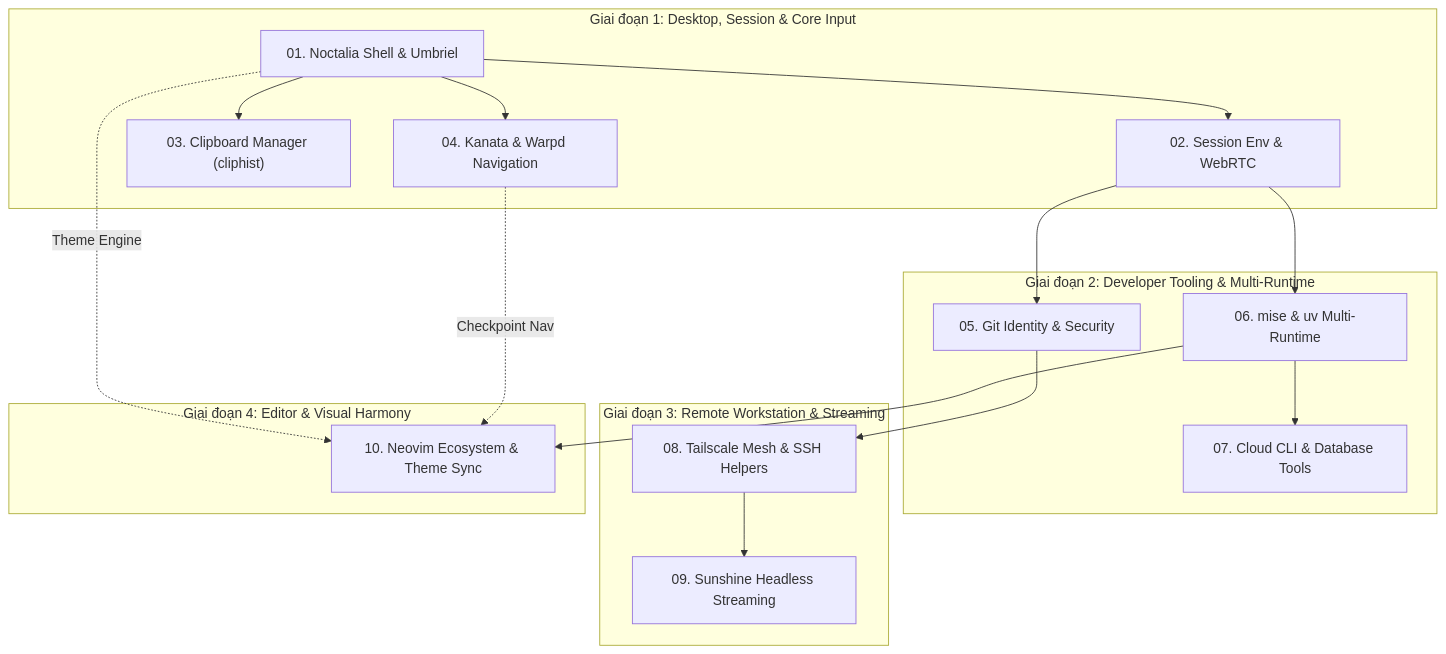
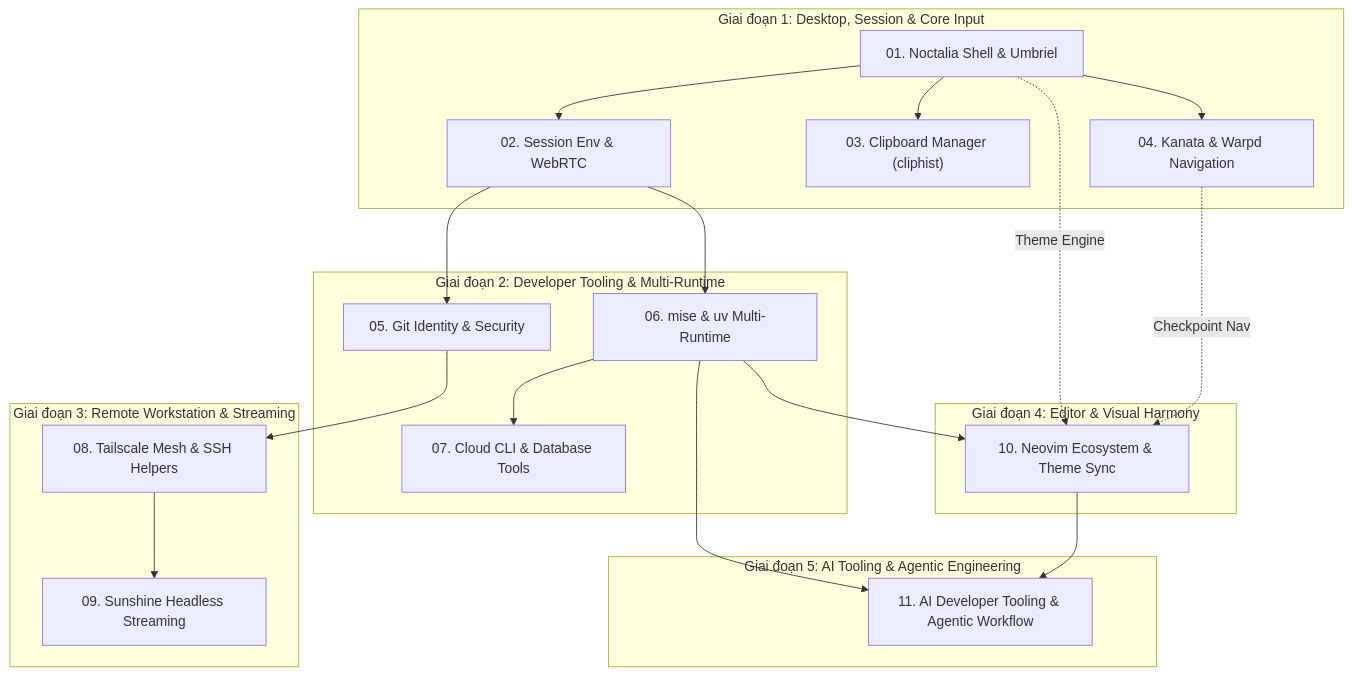
One commit to Aethries/dotfiles changed the diagram in plans/README.md. Above: the diagram before and after it, drawn with Mermaid. The commit also changed other lines of this file and 6 other files, not shown here.

Commit message:
feat: add keyboard repeat ergonomics configuration and AI developer tooling plans

````diff
--- a/plans/README.md
+++ b/plans/README.md
@@ -9,25 +9,30 @@
 ```mermaid
 flowchart TD
     subgraph G1["Giai đoạn 1: Desktop, Session & Core Input"]
         P01["01. Noctalia Shell & Umbriel"] --> P02["02. Session Env & WebRTC"]
         P01 --> P03["03. Clipboard Manager (cliphist)"]
         P01 --> P04["04. Kanata & Warpd Navigation"]
     end
 
     subgraph G2["Giai đoạn 2: Developer Tooling & Multi-Runtime"]
         P02 --> P05["05. Git Identity & Security"]
         P02 --> P06["06. mise & uv Multi-Runtime"]
         P06 --> P07["07. Cloud CLI & Database Tools"]
     end
 
     subgraph G3["Giai đoạn 3: Remote Workstation & Streaming"]
         P05 --> P08["08. Tailscale Mesh & SSH Helpers"]
         P08 --> P09["09. Sunshine Headless Streaming"]
     end
 
     subgraph G4["Giai đoạn 4: Editor & Visual Harmony"]
         P06 --> P10["10. Neovim Ecosystem & Theme Sync"]
         P01 -. Theme Engine .-> P10
         P04 -. Checkpoint Nav .-> P10
     end
+
+    subgraph G5["Giai đoạn 5: AI Tooling & Agentic Engineering"]
+        P06 --> P11["11. AI Developer Tooling & Agentic Workflow"]
+        P10 --> P11
+    end
 ```
````
